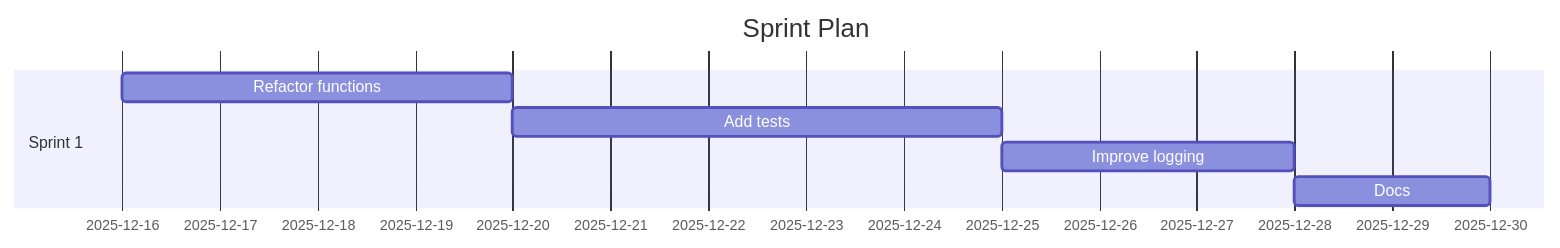
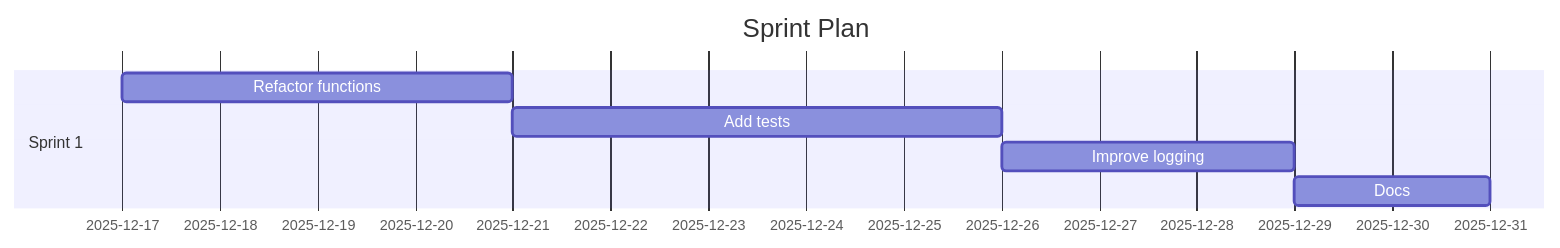
Before and after one commit to Anselmoo/mcp-ai-agent-guidelines: the diagram in demos/demo-code-analysis.sprint.md, drawn with Mermaid. The commit also changed other lines of this file and 21 other files, not shown here.

````diff
--- a/demos/demo-code-analysis.sprint.md
+++ b/demos/demo-code-analysis.sprint.md
@@ -59,11 +59,11 @@
 ```mermaid
 gantt
 	dateFormat  YYYY-MM-DD
 	title Sprint Plan
 %% Accessibility: Title=Project Sprint Plan; Description=Gantt chart of sprints and tasks over time. %%
   section Sprint 1
-  Refactor functions :s1t0, 2025-12-16, 4d
-  Add tests :s1t1, 2025-12-20, 5d
-  Improve logging :s1t2, 2025-12-25, 3d
-  Docs :s1t3, 2025-12-28, 2d
+  Refactor functions :s1t0, 2025-12-17, 4d
+  Add tests :s1t1, 2025-12-21, 5d
+  Improve logging :s1t2, 2025-12-26, 3d
+  Docs :s1t3, 2025-12-29, 2d
 ```
````
